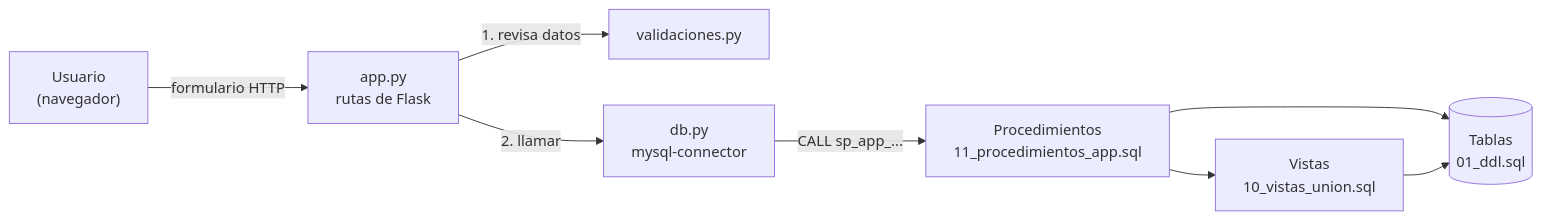
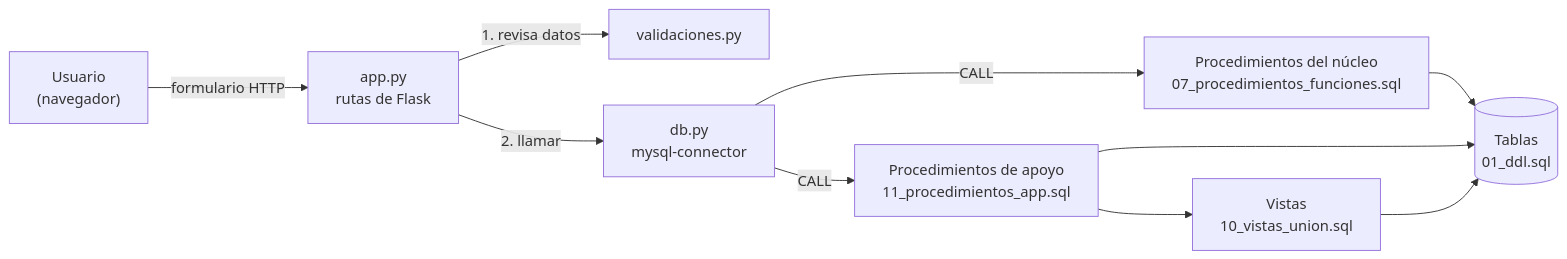
One commit to marianacuadrosar/proyecto-bases-datos-coworking changed the first of 2 diagrams in docs/final/arquitectura.md. Above: the diagram before and after it, drawn with Mermaid. The commit also changed other lines of this file and 1 other file, not shown here.

````diff
--- a/docs/final/arquitectura.md
+++ b/docs/final/arquitectura.md
@@ -12,10 +12,12 @@
 ```mermaid
 flowchart LR
     U["Usuario<br/>(navegador)"] -->|formulario HTTP| A["app.py<br/>rutas de Flask"]
     A -->|1. revisa datos| V["validaciones.py"]
     A -->|2. llamar| D["db.py<br/>mysql-connector"]
-    D -->|CALL sp_app_...| P["Procedimientos<br/>11_procedimientos_app.sql"]
-    P --> W["Vistas<br/>10_vistas_union.sql"]
-    P --> T[("Tablas<br/>01_ddl.sql")]
+    D -->|CALL| P1["Procedimientos del núcleo<br/>07_procedimientos_funciones.sql"]
+    D -->|CALL| P2["Procedimientos de apoyo<br/>11_procedimientos_app.sql"]
+    P2 --> W["Vistas<br/>10_vistas_union.sql"]
+    P1 --> T[("Tablas<br/>01_ddl.sql")]
+    P2 --> T
     W --> T
 ```
````
